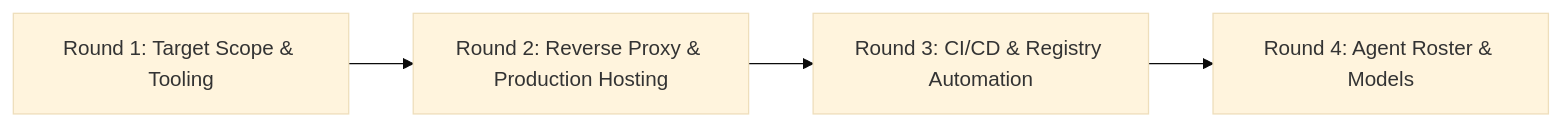
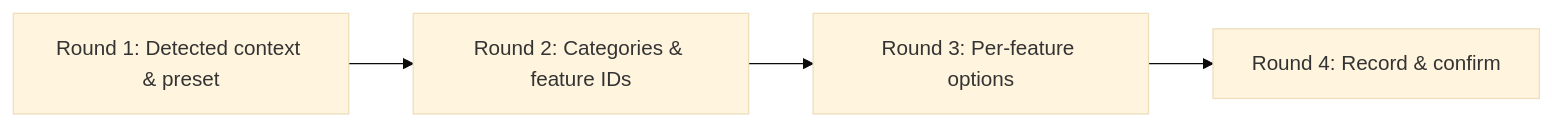
The diagram in skills/nextjs-dev-setup/references/setup-interview-rounds.md (BIGboss248/skills), drawn with Mermaid (base theme) before and after one commit. The commit also changed other lines of this file and 38 other files, not shown here.

````diff
--- a/skills/nextjs-dev-setup/references/setup-interview-rounds.md
+++ b/skills/nextjs-dev-setup/references/setup-interview-rounds.md
@@ -5,4 +7,4 @@
 ```mermaid
 flowchart LR
-    R1["Round 1: Target Scope & Tooling"] --> R2["Round 2: Reverse Proxy & Production Hosting"] --> R3["Round 3: CI/CD & Registry Automation"] --> R4["Round 4: Agent Roster & Models"]
+    R1["Round 1: Detected context & preset"] --> R2["Round 2: Categories & feature IDs"] --> R3["Round 3: Per-feature options"] --> R4["Round 4: Record & confirm"]
 ```
````
